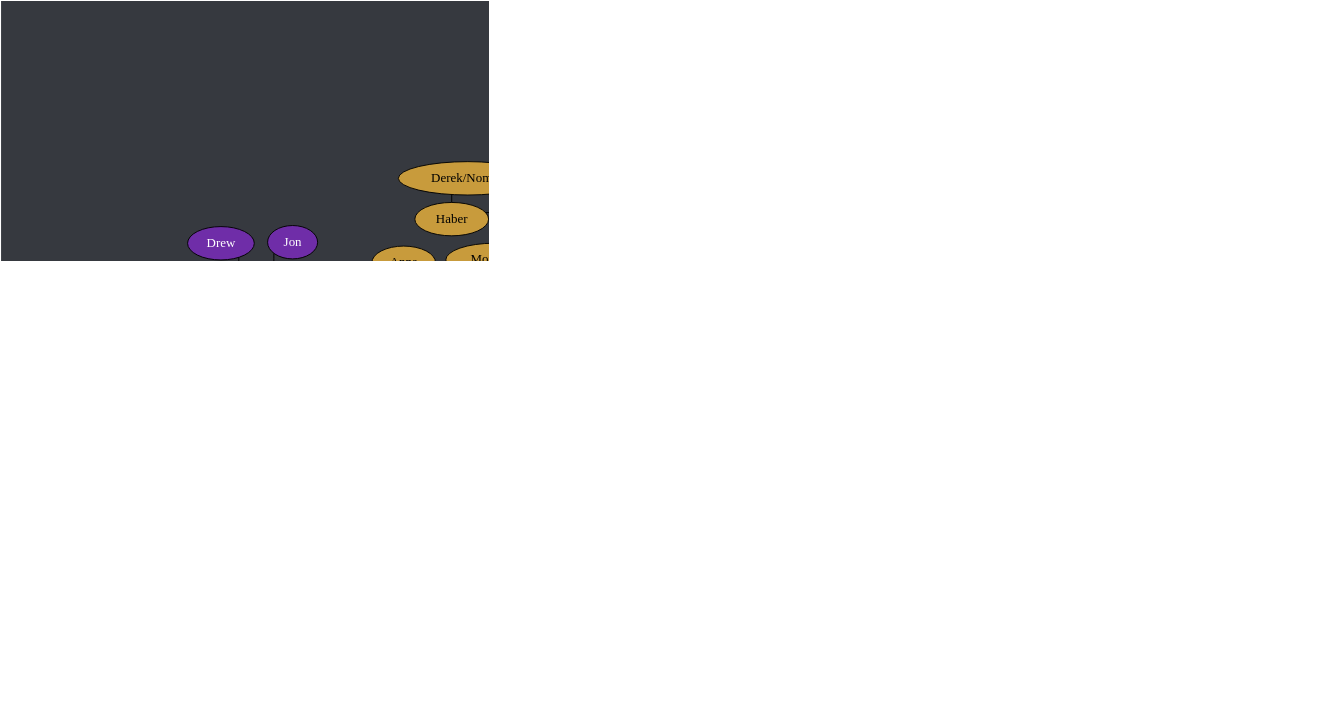
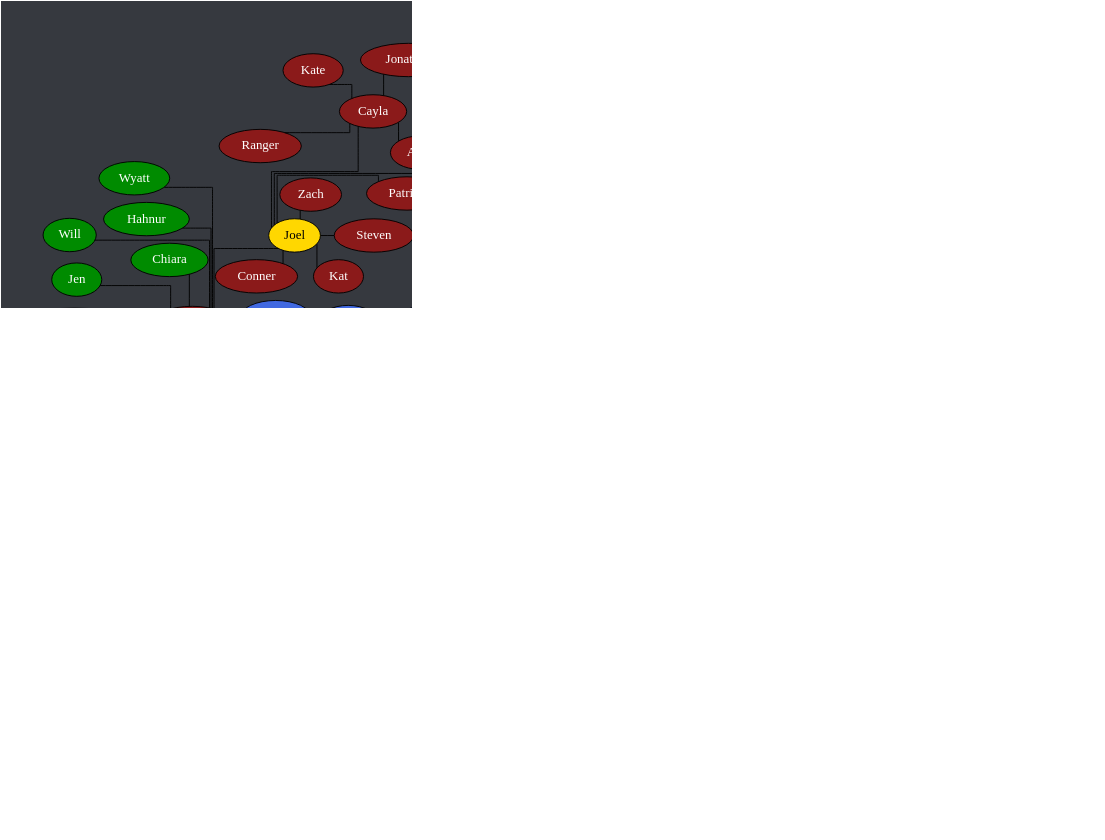
Before and after one commit to Documidas/CoronaCatzFamilyTree: the diagram in tree.dot, drawn with Graphviz. The commit also changed 1 other file, not shown here.

Commit message:
Remove original Logan, add new Logan

```diff
--- a/tree.dot
+++ b/tree.dot
@@ -1,168 +1,168 @@
 strict graph {
 	// Layout Configuration
 	layout = neato;
 	dpi = 200;
 	epsilon = 0.01;
 	mode = major;
 	model = subset;
 	overlap = false;
 	splines = ortho;
 	start = rand;
 
 	// Visual Configuration
 	graph [ truecolor=true bgcolor="#36393f" ];
 	node [ style=filled fillcolor="gray" fontcolor="black" ];
 
 	subgraph "Joel" {
 		node [ style=filled fillcolor="firebrick4" fontcolor="white" ];
 		Joel [ style=filled fillcolor="gold" fontcolor="black" ];
 
 		Cayla -- "Ali.2";
 		Cayla -- Jonathan;
 		Cayla -- Kate;
 		Cayla -- Ranger;
 		Joel -- Anders;
 		Joel -- Cayla;
 		Joel -- Conner;
 		Joel -- Jared;
 		Joel -- Kat;
 		Joel -- Patrick;
 		Joel -- Steven;
 		Joel -- Zach;
 	}
 
 	subgraph "Anders" {
 		node [ style=filled fillcolor="green4" fontcolor="white" ];
 		// Anders [ style=filled fillcolor="green4" fontcolor="white" ];
 
 		Anders -- Chiara;
 		Anders -- Cody;
 		Anders -- Daniel;
 		Anders -- "Derek/Yaupon";
 		Anders -- DJ;
 		Anders -- Hahnur;
 		Anders -- Jen;
 		Anders -- Matt;
 		Anders -- Solis;
 		Anders -- Will;
 		Anders -- Wyatt;
 	}
 
 	subgraph "Jared" {
 		node [ style=filled fillcolor="royalblue" fontcolor="black" ];
 		// Jared [ style=filled fillcolor="royalblue" fontcolor="black" ];
 
 		Andrew -- Hannah;
 		Dave -- Everett;
 		Donnie -- Bryan;
 		Donnie -- Troy;
 		Greg -- "Ali.1";
 		Greg -- Andrew;
 		Greg -- Carter;
 		Greg -- "John Boi";
-		Hannah -- Logan;
+		Hannah -- Raana;
 		Jared -- Brandi;
 		Jared -- Dave;
 		Jared -- Donnie;
 		Jared -- Fabi;
 		Jared -- "Jack.2";
 		Jared -- Cole;
 		Jared -- Kamon;
 		Jared -- Greg;
 		Jared -- Isabelle;
 		Jared -- Mason;
 		Jared -- Mehmet;
 		Jared -- Nam;
 		Jared -- Shannon;
 		Jared -- Spencer;
 		Jared -- Tyler;
 		Jared -- "Zach/Laniakea";
 		Jared -- "Zöe";
-		Logan -- Raana;
 		Troy -- Drake;
 		Tyler -- Gaby;
 		"Zöe" -- Jasper;
 	}
 
 	subgraph "Zach/Laniakea" {
 		node [ style=filled fillcolor="#4eff2c" fontcolor="black" ];
 		// "Zach/Laniakea" [ style=filled fillcolor="#4eff2c" fontcolor="black" ];
 
 		"Caio.2" -- "Kyle.1";
 		"Caio.2" -- Lucas;
 		"Zach/Laniakea" -- Allen;
 		"Zach/Laniakea" -- "Caio.2";
 		"Zach/Laniakea" -- Colin;
 		"Zach/Laniakea" -- John;
+		"Zach/Laniakea" -- Logan;
 		"Zach/Laniakea" -- Kevin;
 		"Zach/Laniakea" -- "Kyle.0";
 		"Zach/Laniakea" -- Mike;
 		"Zach/Laniakea" -- "Ryan.1";
 	}
 
 	subgraph "John" {
 		node [ style=filled fillcolor="#c89b3c" fontcolor="black" ];
 		// John [ style=filled fillcolor="#c89b3c" fontcolor="black" ];
 
 		Haber -- "Derek/Nomad";
 		John -- Anna;
 		John -- Emily;
 		John -- Haber;
 		John -- Jay;
 		John -- Jack;
 		John -- Lara;
 		John -- Monarch;
 		John -- "Oliger/Leanza";
 		John -- Thomas;
 	}
 
 	subgraph "John-stream" {
 		// node [ style=filled fillcolor="#9147ff" fontcolor="black" ];
 		node [ style=filled fillcolor="#c89b3c" fontcolor="black" ];
 
 		John -- "Michael/Wheezy";
 	}
 
 	subgraph "Thomas" {
 		node [ style=filled fillcolor="#b04900" fontcolor="black" ];
 		// Thomas [ style=filled fillcolor="#b04900" fontcolor="black" ];
 
 		Thomas -- Alex;
 		Thomas -- JD;
 		Thomas -- Josh;
 		Thomas -- Juan;
 		Thomas -- Taylor;
 		Thomas -- Tony;
 		Thomas -- "Travis.1";
 		Thomas -- "Travis.2";
 		Tony -- GT;
 	}
 
 	subgraph "Alex" {
 		node [ style=filled fillcolor="#6f2da8" fontcolor="white" ];
 		// Alex [ style=filled fillcolor="#6f2da8" fontcolor="black" ];
 
 		Alex -- "Alex/Blitt";
 		Alex -- "Da'Von";
 		Alex -- Sam;
 		"Alex/Blitt" -- Alan;
 		"Alex/Blitt" -- "Alex the 3rd";
 		"Alex/Blitt" -- Brian;
 		"Alex/Blitt" -- Carlos;
 		"Alex/Blitt" -- Chris;
 		"Alex/Blitt" -- Frank;
 		"Alex/Blitt" -- Gabe;
 		"Alex/Blitt" -- "Kyle.3";
 		"Alex/Blitt" -- Laske;
 		"Alex/Blitt" -- "Ryan.2";
 		"Alex/Blitt" -- "Sam.2";
 		"Da'Von" -- Dalton;
 		"Da'Von" -- Dalyn;
 		"Da'Von" -- Kuri;
 		"Da'Von" -- Zellar;
 		Dalton -- Graysen;
 		Kuri -- Drew;
 		Kuri -- Jon;
 		Kuri -- Karma;
 	}
 }
```
